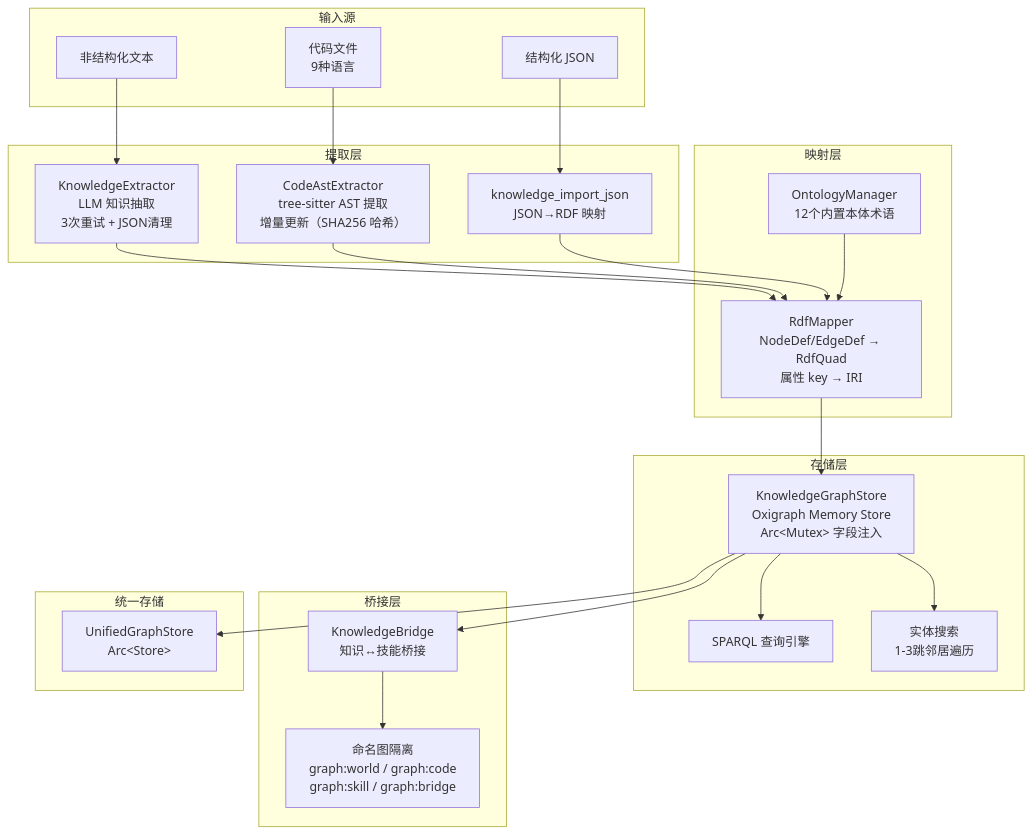
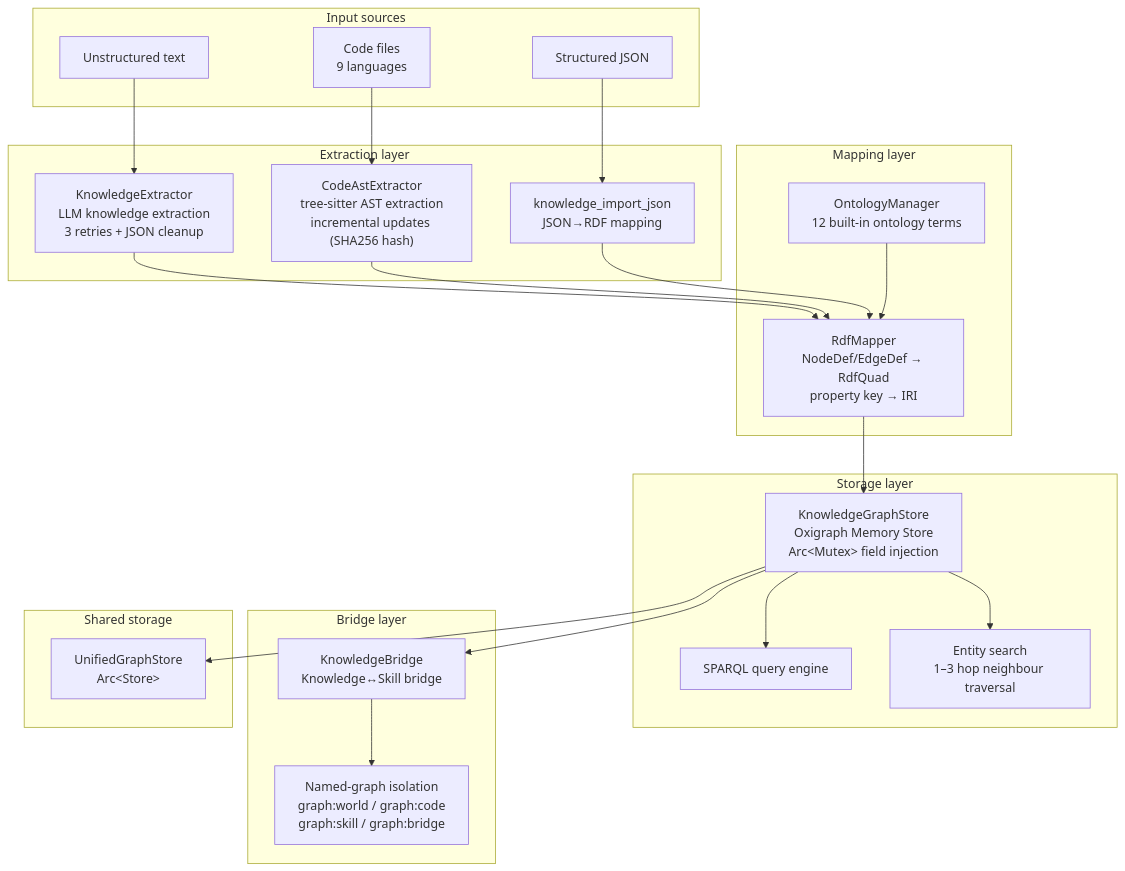
One commit to skaiy/wild_agentos changed the diagram in docs/07-knowledge-graph.md. Above: the diagram before and after it, drawn with Mermaid. The commit also changed other lines of this file and 1 other file, not shown here.

Commit message:
docs: add bilingual knowledge graph guide

````diff
--- a/docs/07-knowledge-graph.md
+++ b/docs/07-knowledge-graph.md
@@ -9,48 +13,42 @@
 ```mermaid
 graph TB
-    subgraph 输入源
-        TEXT["非结构化文本"]
-        CODE["代码文件<br/>9种语言"]
-        JSON["结构化 JSON"]
+    subgraph Input sources
+        TEXT["Unstructured text"]
+        CODE["Code files<br/>9 languages"]
+        JSON["Structured JSON"]
     end
-
-    subgraph 提取层
-        KGE["KnowledgeExtractor<br/>LLM 知识抽取<br/>3次重试 + JSON清理"]
-        AST["CodeAstExtractor<br/>tree-sitter AST 提取<br/>增量更新（SHA256 哈希）"]
-        IMPORT["knowledge_import_json<br/>JSON→RDF 映射"]
+    subgraph Extraction layer
+        KGE["KnowledgeExtractor<br/>LLM knowledge extraction<br/>3 retries + JSON cleanup"]
+        AST["CodeAstExtractor<br/>tree-sitter AST extraction<br/>incremental updates (SHA256 hash)"]
+        IMPORT["knowledge_import_json<br/>JSON→RDF mapping"]
     end
-
-    subgraph 映射层
-        RDF["RdfMapper<br/>NodeDef/EdgeDef → RdfQuad<br/>属性 key → IRI"]
-        ONT["OntologyManager<br/>12个内置本体术语"]
+    subgraph Mapping layer
+        RDF["RdfMapper<br/>NodeDef/EdgeDef → RdfQuad<br/>property key → IRI"]
+        ONT["OntologyManager<br/>12 built-in ontology terms"]
     end
-
-    subgraph 存储层
-        KGS["KnowledgeGraphStore<br/>Oxigraph Memory Store<br/>Arc&lt;Mutex&gt; 字段注入"]
-        SPARQL["SPARQL 查询引擎"]
-        SEARCH["实体搜索<br/>1-3跳邻居遍历"]
+    subgraph Storage layer
+        KGS["KnowledgeGraphStore<br/>Oxigraph Memory Store<br/>Arc&lt;Mutex&gt; field injection"]
+        SPARQL["SPARQL query engine"]
+        SEARCH["Entity search<br/>1–3 hop neighbour traversal"]
     end
-
-    subgraph 桥接层
-        BRIDGE["KnowledgeBridge<br/>知识↔技能桥接"]
-        GRAPH_BR["命名图隔离<br/>graph:world / graph:code<br/>graph:skill / graph:bridge"]
+    subgraph Bridge layer
+        BRIDGE["KnowledgeBridge<br/>Knowledge↔Skill bridge"]
+        GRAPH_BR["Named-graph isolation<br/>graph:world / graph:code<br/>graph:skill / graph:bridge"]
     end
-
-    subgraph 统一存储
+    subgraph Shared storage
         UGS["UnifiedGraphStore<br/>Arc&lt;Store&gt;"]
     end
-
     TEXT --> KGE
     CODE --> AST
     JSON --> IMPORT
     KGE --> RDF
     AST --> RDF
     IMPORT --> RDF
     RDF --> KGS
     ONT --> RDF
     KGS --> SPARQL
     KGS --> SEARCH
     KGS --> BRIDGE
     BRIDGE --> GRAPH_BR
     KGS --> UGS
 ```
````
